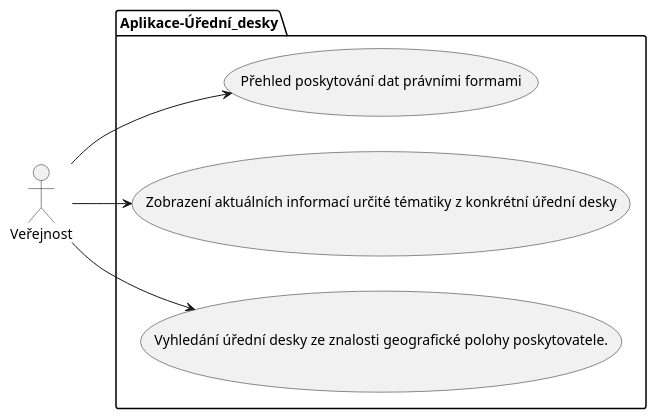
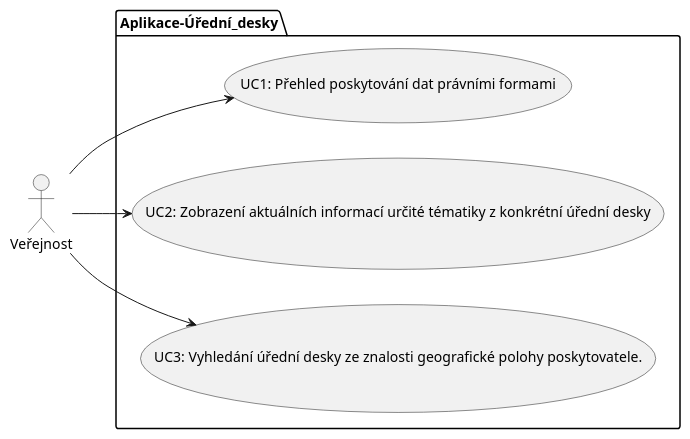
One commit to bliakher/uredni_desky changed the diagram in dokumentace/use_cases/diagram_jen_verejnost.wsd. Above: the diagram before and after it, drawn with PlantUML. The commit also changed 6 other files, not shown here.

```diff
--- a/dokumentace/use_cases/diagram_jen_verejnost.wsd
+++ b/dokumentace/use_cases/diagram_jen_verejnost.wsd
@@ -1,20 +1,20 @@
 @startuml BulletinsUseCaseDiagram
 left to right direction 
 actor "Veřejnost" as V
  
 package Aplikace-Úřední_desky { 
-  usecase "Přehled poskytování dat právními formami" as prehled
-  usecase "Zobrazení aktuálních informací určité tématiky z konkrétní úřední desky" as zobrazeni
-  usecase "Vyhledání úřední desky ze znalosti geografické polohy poskytovatele." as vyhledani
+  usecase "UC1: Přehled poskytování dat právními formami" as prehled
+  usecase "UC2: Zobrazení aktuálních informací určité tématiky z konkrétní úřední desky" as zobrazeni
+  usecase "UC3: Vyhledání úřední desky ze znalosti geografické polohy poskytovatele." as vyhledani
 
 }
 
 
 V --> prehled
 
 V --> zobrazeni
 
 V --> vyhledani
 
 
 @enduml
```
